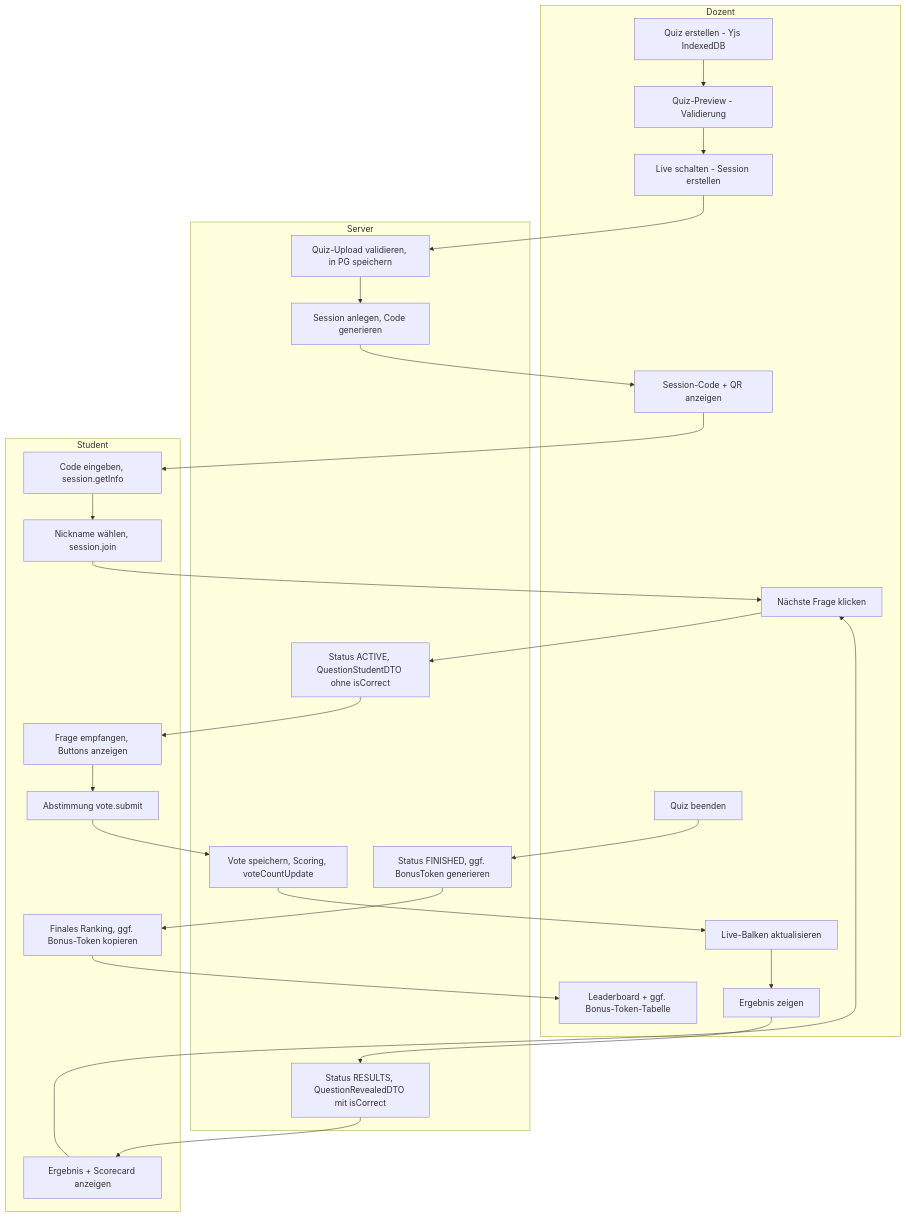
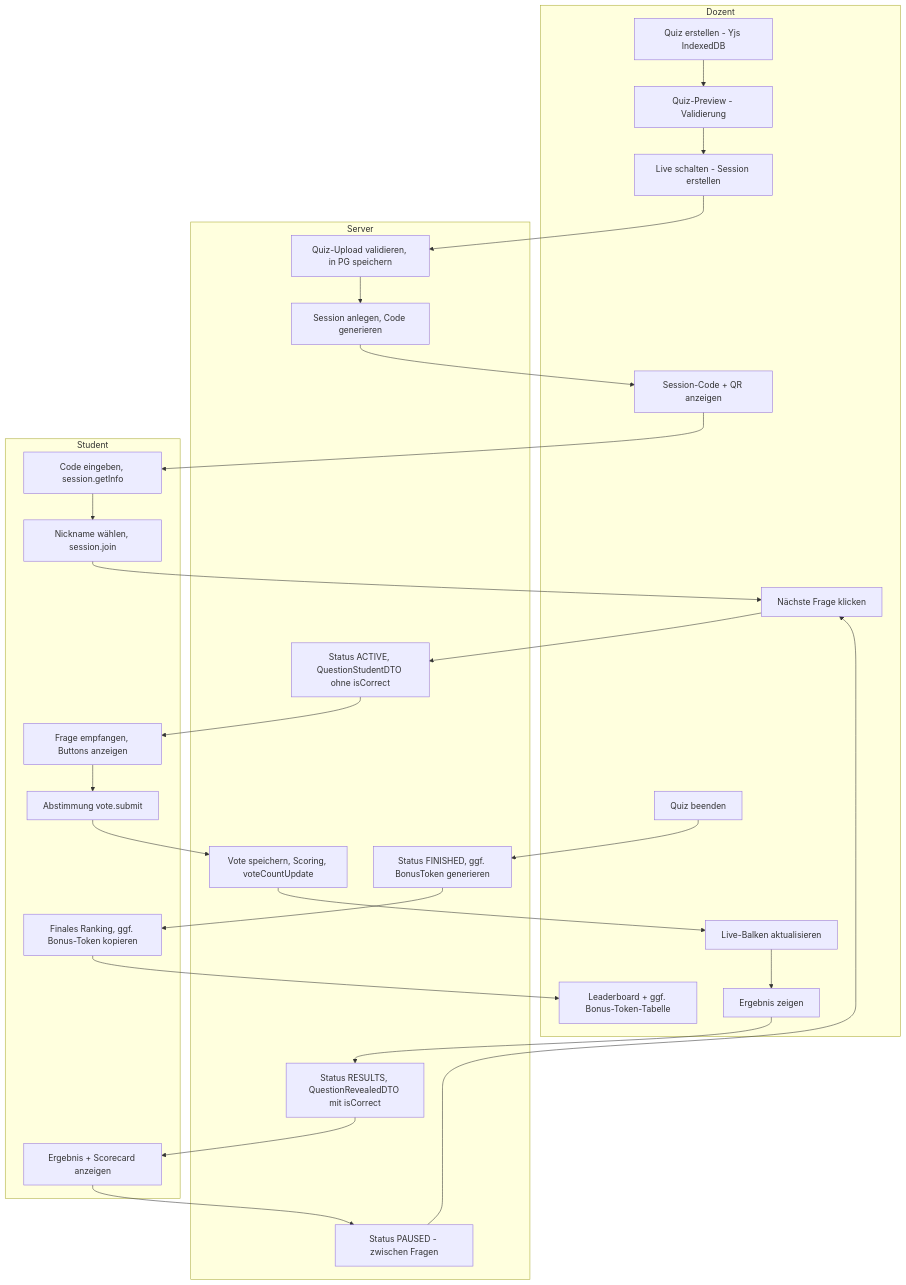
One commit to kqc-real/arsnova-click-v3 changed the sixth of 6 diagrams in docs/diagrams/diagrams.md. Above: the diagram before and after it, drawn with Mermaid. The commit also changed other lines of this file and 10 other files, not shown here.

````diff
--- a/docs/diagrams/diagrams.md
+++ b/docs/diagrams/diagrams.md
@@ -431,49 +432,51 @@
 ```mermaid
 flowchart TB
     subgraph Dozent["Dozent"]
         D1[Quiz erstellen - Yjs IndexedDB]
         D2[Quiz-Preview - Validierung]
         D3[Live schalten - Session erstellen]
         D4[Session-Code + QR anzeigen]
         D5[Nächste Frage klicken]
         D6[Ergebnis zeigen]
         D7[Live-Balken aktualisieren]
         D8[Quiz beenden]
         D9[Leaderboard + ggf. Bonus-Token-Tabelle]
     end
 
     subgraph Server["Server"]
         S1[Quiz-Upload validieren, in PG speichern]
         S2[Session anlegen, Code generieren]
         S3[Status ACTIVE, QuestionStudentDTO ohne isCorrect]
         S4[Vote speichern, Scoring, voteCountUpdate]
         S5[Status RESULTS, QuestionRevealedDTO mit isCorrect]
+        S5b[Status PAUSED - zwischen Fragen]
         S6[Status FINISHED, ggf. BonusToken generieren]
     end
 
     subgraph Student["Student"]
         ST1[Code eingeben, session.getInfo]
         ST2[Nickname wählen, session.join]
         ST3[Frage empfangen, Buttons anzeigen]
         ST4[Abstimmung vote.submit]
         ST5[Ergebnis + Scorecard anzeigen]
         ST6[Finales Ranking, ggf. Bonus-Token kopieren]
     end
 
     D1 --> D2 --> D3
     D3 --> S1 --> S2
     S2 --> D4
     D4 --> ST1 --> ST2
     ST2 --> D5
     D5 --> S3
     S3 --> ST3 --> ST4
     ST4 --> S4
     S4 --> D7
     D7 --> D6
     D6 --> S5
     S5 --> ST5
-    ST5 --> D5
+    ST5 --> S5b
+    S5b --> D5
     D8 --> S6
     S6 --> ST6
     ST6 --> D9
 ```
````
